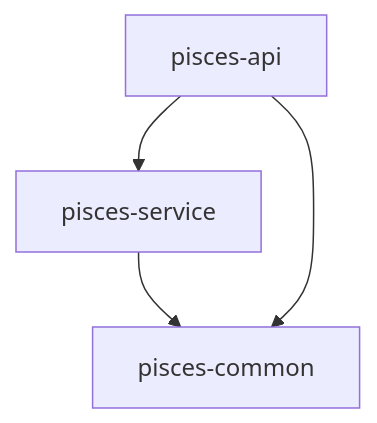
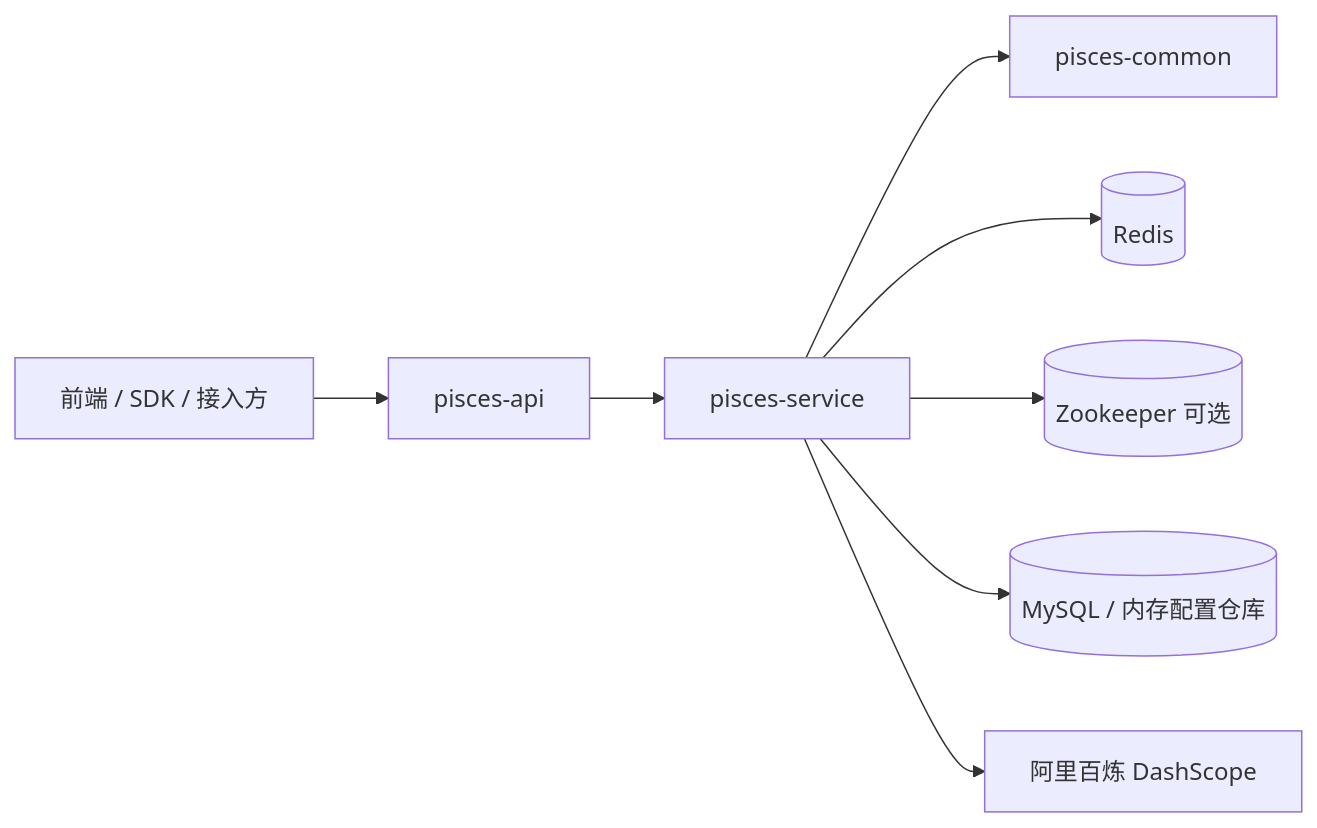
One commit to anran222/pisces changed the diagram in .knowledge-base/architecture.md. Above: the diagram before and after it, drawn with Mermaid. The commit also changed other lines of this file and 76 other files, not shown here.

````diff
--- a/.knowledge-base/architecture.md
+++ b/.knowledge-base/architecture.md
@@ -15,10 +5,10 @@
 ```mermaid
-flowchart TD
-    common[pisces-common]
-    service[pisces-service]
-    api[pisces-api]
-
-    service --> common
-    api --> common
-    api --> service
+flowchart LR
+    Client[前端 / SDK / 接入方] --> API[pisces-api]
+    API --> Service[pisces-service]
+    Service --> Common[pisces-common]
+    Service --> Redis[(Redis)]
+    Service --> ZK[(Zookeeper 可选)]
+    Service --> Repo[(MySQL / 内存配置仓库)]
+    Service --> TongYi[阿里百炼 DashScope]
 ```
````
